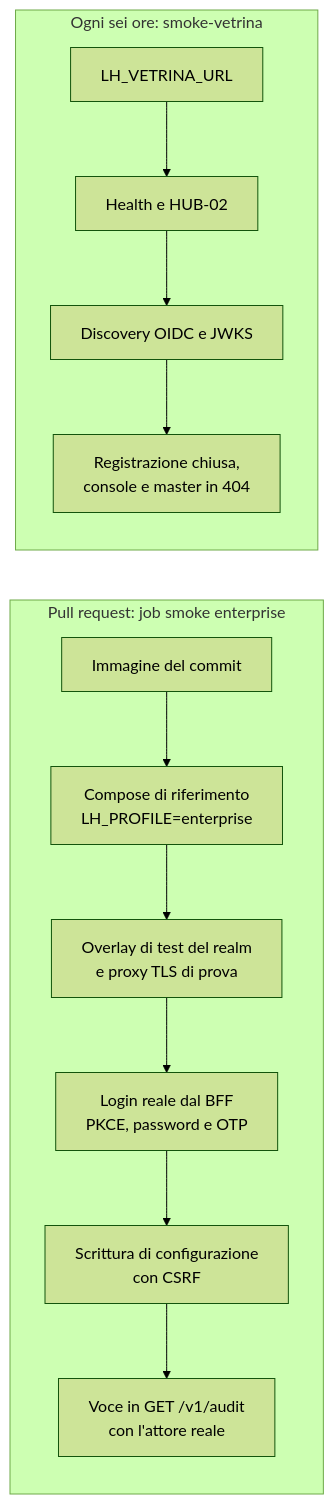
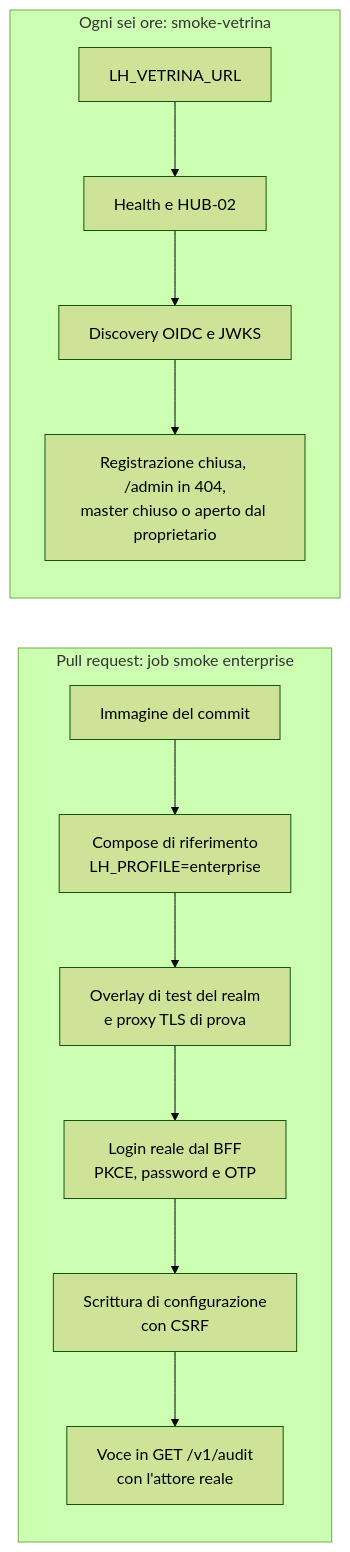
One commit to peppe-ruv/Loyalty_Sys changed diagram 11 of 11 in concetti/vetrina-enterprise.mdx. Above: the diagram before and after it, drawn with Mermaid (forest theme). The commit also changed other lines of this file and 21 other files, not shown here.

````diff
--- a/concetti/vetrina-enterprise.mdx
+++ b/concetti/vetrina-enterprise.mdx
@@ -339,17 +355,17 @@
 ```mermaid
 flowchart LR
   accTitle: Verifiche automatiche del profilo enterprise
   accDescr: Il job di CI avvia il compose di riferimento in profilo enterprise con l'overlay di test del realm ed esegue un login reale con OTP, una scrittura di configurazione e la verifica della voce di audit. Il workflow pianificato interroga la vetrina senza credenziali e solo in lettura: health, HUB-02, discovery OIDC, registrazione chiusa e superfici non esposte.
   subgraph CI[Pull request: job smoke enterprise]
     I[Immagine del commit] --> C[Compose di riferimento<br/>LH_PROFILE=enterprise]
     C --> R[Overlay di test del realm<br/>e proxy TLS di prova]
     R --> L[Login reale dal BFF<br/>PKCE, password e OTP]
     L --> W[Scrittura di configurazione<br/>con CSRF]
     W --> A[Voce in GET /v1/audit<br/>con l'attore reale]
   end
   subgraph SV[Ogni sei ore: smoke-vetrina]
     V[LH_VETRINA_URL] --> H[Health e HUB-02]
     H --> D[Discovery OIDC e JWKS]
-    D --> X[Registrazione chiusa,<br/>console e master in 404]
+    D --> X[Registrazione chiusa, /admin in 404,<br/>master chiuso o aperto dal proprietario]
   end
 ```
````
